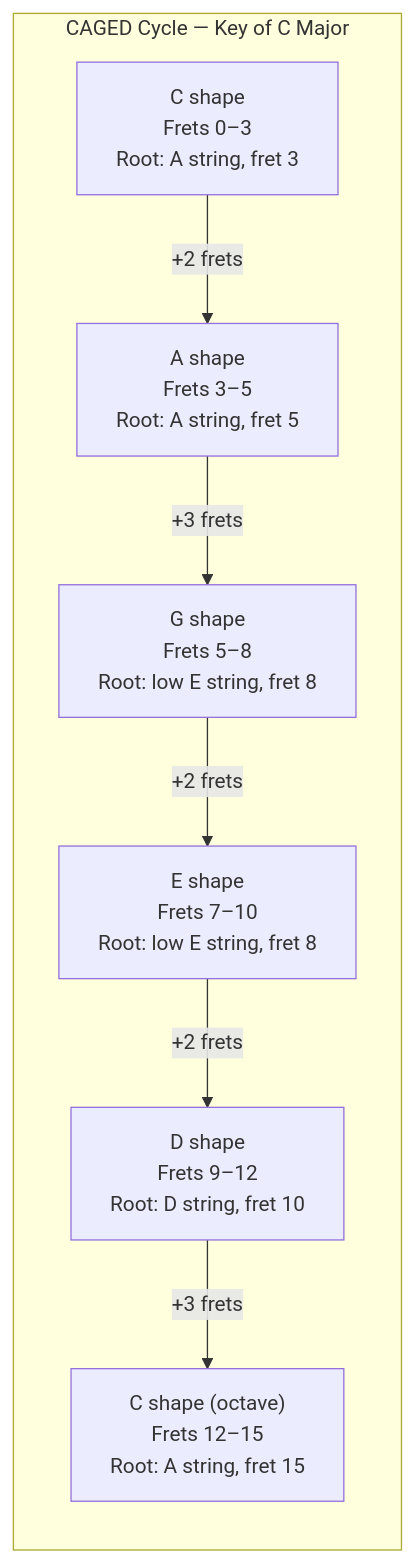
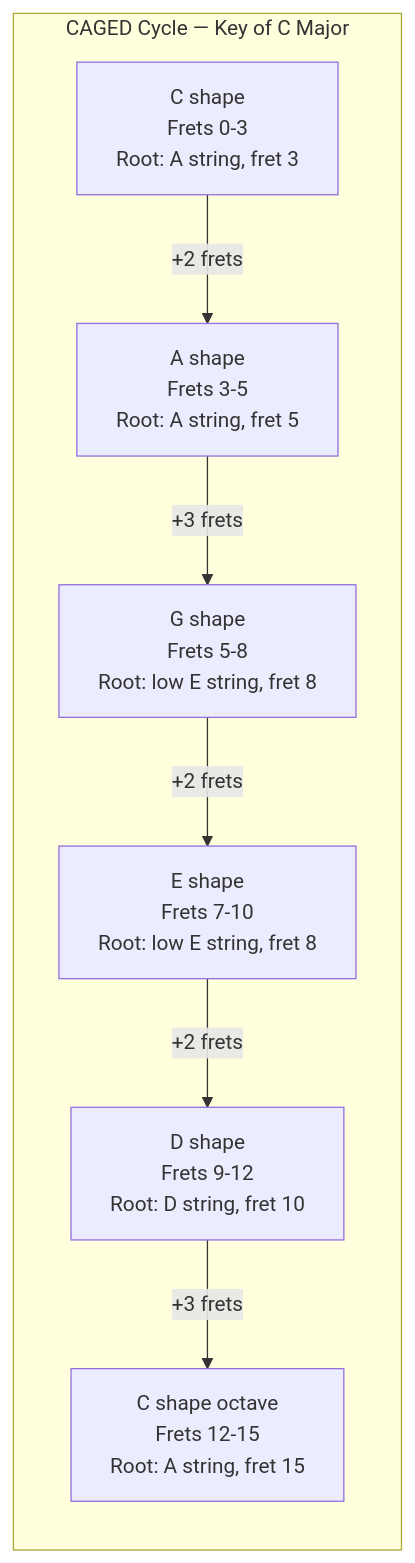
One commit to blebleblee/synapse changed the first of 3 diagrams in topics/arts/music_performance/electric_guitar/lesson_01_fretboard_navigation_and_caged_system.md. Above: the diagram before and after it, drawn with Mermaid. The commit also changed other lines of this file and 3 other files, not shown here.

````diff
--- a/topics/arts/music_performance/electric_guitar/lesson_01_fretboard_navigation_and_caged_system.md
+++ b/topics/arts/music_performance/electric_guitar/lesson_01_fretboard_navigation_and_caged_system.md
@@ -358,18 +333,18 @@
 ```mermaid
 flowchart TB
     subgraph sub_caged_key_c ["CAGED Cycle — Key of C Major"]
         direction TB
-        C1["C shape\nFrets 0–3\nRoot: A string, fret 3"]
-        A1["A shape\nFrets 3–5\nRoot: A string, fret 5"]
-        G1["G shape\nFrets 5–8\nRoot: low E string, fret 8"]
-        E1["E shape\nFrets 7–10\nRoot: low E string, fret 8"]
-        D1["D shape\nFrets 9–12\nRoot: D string, fret 10"]
-        C2["C shape (octave)\nFrets 12–15\nRoot: A string, fret 15"]
+        C1["C shape\nFrets 0-3\nRoot: A string, fret 3"]
+        A1["A shape\nFrets 3-5\nRoot: A string, fret 5"]
+        G1["G shape\nFrets 5-8\nRoot: low E string, fret 8"]
+        E1["E shape\nFrets 7-10\nRoot: low E string, fret 8"]
+        D1["D shape\nFrets 9-12\nRoot: D string, fret 10"]
+        C2["C shape octave\nFrets 12-15\nRoot: A string, fret 15"]
 
         C1 -->|"+2 frets"| A1
         A1 -->|"+3 frets"| G1
         G1 -->|"+2 frets"| E1
         E1 -->|"+2 frets"| D1
         D1 -->|"+3 frets"| C2
     end
 ```
````
